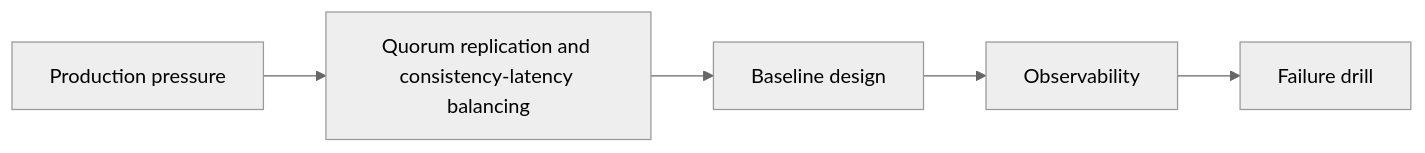
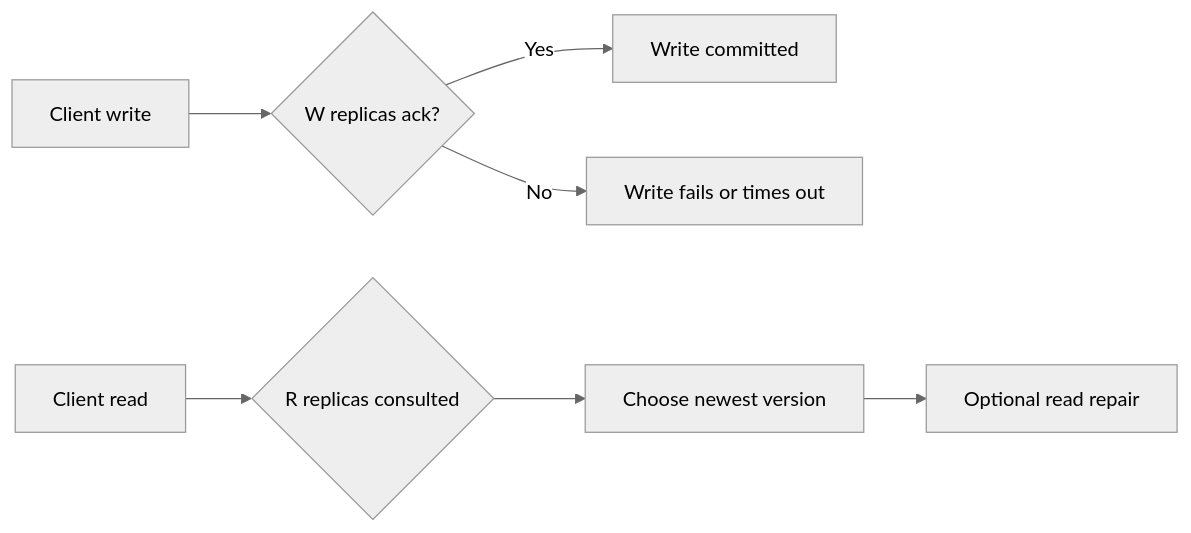
The diagram in _posts/2026-12-03-quorum-replication-consistency-latency-part-1.md (sandeepbhardwaj/sandeepbhardwaj.github.io), drawn with Mermaid (neutral theme) before and after one commit. The commit also changed other lines of this file and 40 other files, not shown here.

````diff
--- a/_posts/2026-12-03-quorum-replication-consistency-latency-part-1.md
+++ b/_posts/2026-12-03-quorum-replication-consistency-latency-part-1.md
@@ -57,7 +125,9 @@
 ```mermaid
 flowchart LR
-    A[Production pressure] --> B[Quorum replication and consistency-latency balancing]
-    B --> C[Baseline design]
-    C --> D[Observability]
-    D --> E[Failure drill]
+    A[Client write] --> B{W replicas ack?}
+    B -->|Yes| C[Write committed]
+    B -->|No| D[Write fails or times out]
+    E[Client read] --> F{R replicas consulted}
+    F --> G[Choose newest version]
+    G --> H[Optional read repair]
 ```
````
